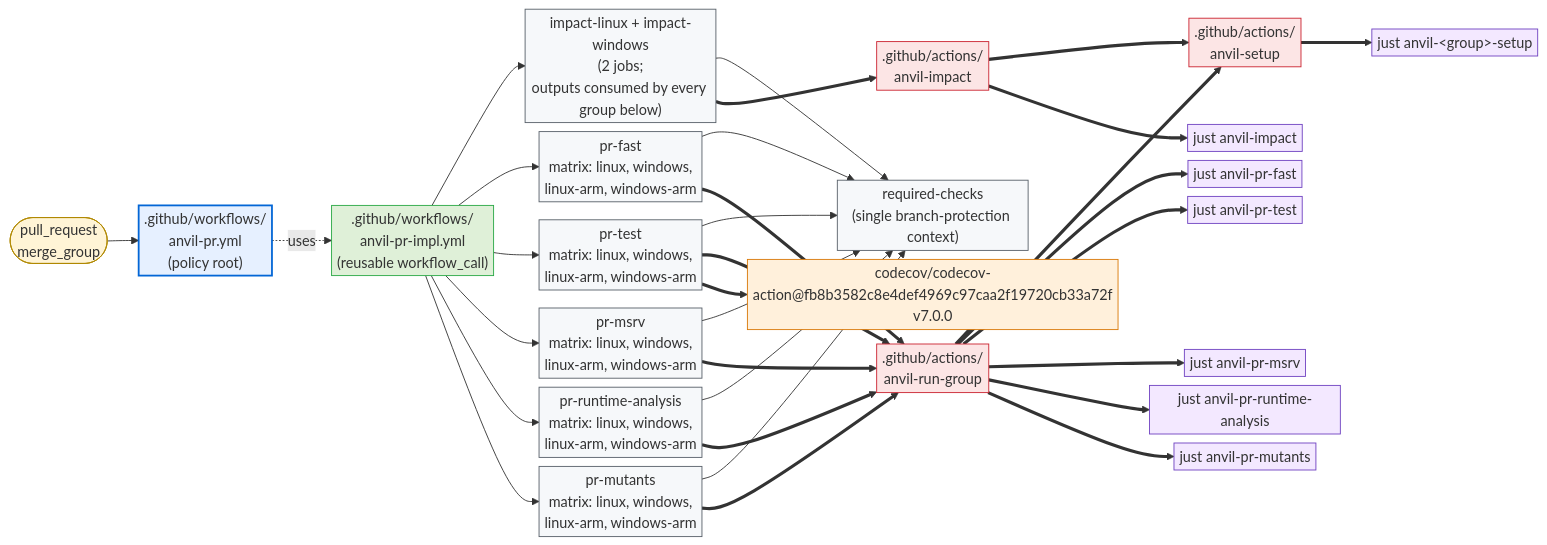
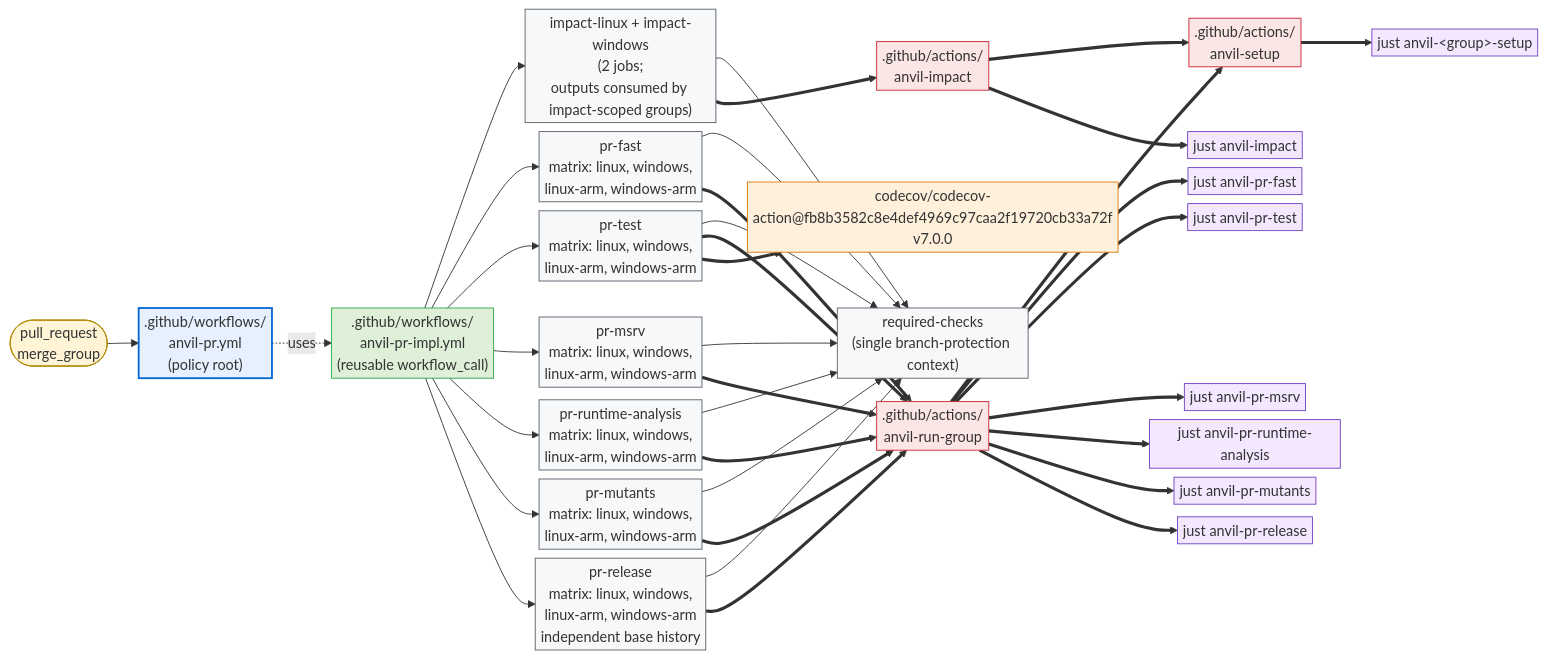
The first of 2 diagrams in crates/cargo-anvil/docs/design/github.md (microsoft/ox-tools), drawn with Mermaid before and after one commit. The commit also changed other lines of this file and 51 other files, not shown here.

First line of the commit message:
feat: add cargo-release-guard and Anvil release checks

````diff
--- a/crates/cargo-anvil/docs/design/github.md
+++ b/crates/cargo-anvil/docs/design/github.md
@@ -53,66 +53,72 @@
 ```mermaid
 %%{init: {"flowchart": {"nodeSpacing": 10, "rankSpacing": 35, "padding": 3}, "themeVariables": {"fontSize": "16px"}}}%%
 flowchart LR
     pr_evt([pull_request<br/>merge_group]):::trigger
     pr_root[".github/workflows/<br/>anvil-pr.yml<br/>(policy root)"]:::root
     pr_impl[".github/workflows/<br/>anvil-pr-impl.yml<br/>(reusable workflow_call)"]:::impl
-    impact["impact-linux + impact-windows<br/>(2 jobs;<br/>outputs consumed by every group below)"]:::job
+    impact["impact-linux + impact-windows<br/>(2 jobs;<br/>outputs consumed by impact-scoped groups)"]:::job
     pr_fast_job["pr-fast<br/>matrix: linux, windows,<br/>linux-arm, windows-arm"]:::job
     pr_test_job["pr-test<br/>matrix: linux, windows,<br/>linux-arm, windows-arm"]:::job
     pr_msrv_job["pr-msrv<br/>matrix: linux, windows,<br/>linux-arm, windows-arm"]:::job
     pr_runtime_analysis_job["pr-runtime-analysis<br/>matrix: linux, windows,<br/>linux-arm, windows-arm"]:::job
     pr_mutants_job["pr-mutants<br/>matrix: linux, windows,<br/>linux-arm, windows-arm"]:::job
+    pr_release_job["pr-release<br/>matrix: linux, windows,<br/>linux-arm, windows-arm<br/>independent base history"]:::job
     required_checks["required-checks<br/>(single branch-protection context)"]:::job
     impact_act[".github/actions/<br/>anvil-impact"]:::action
     setup_act[".github/actions/<br/>anvil-setup"]:::action
     run_group_act[".github/actions/<br/>anvil-run-group"]:::action
     codecov_act["codecov/codecov-action@fb8b3582c8e4def4969c97caa2f19720cb33a72f<br/>v7.0.0"]:::external
     impact_just["just anvil-impact"]:::recipe
     fast_just["just anvil-pr-fast"]:::recipe
     test_just["just anvil-pr-test"]:::recipe
     msrv_just["just anvil-pr-msrv"]:::recipe
     runtime_just["just anvil-pr-runtime-analysis"]:::recipe
     mutants_just["just anvil-pr-mutants"]:::recipe
+    release_just["just anvil-pr-release"]:::recipe
     setup_just["just anvil-&lt;group&gt;-setup"]:::recipe
 
     pr_evt --> pr_root
     pr_root -. uses .-> pr_impl
     pr_impl --> impact
     pr_impl --> pr_fast_job
     pr_impl --> pr_test_job
     pr_impl --> pr_msrv_job
     pr_impl --> pr_runtime_analysis_job
     pr_impl --> pr_mutants_job
+    pr_impl --> pr_release_job
     impact --> required_checks
     pr_fast_job --> required_checks
     pr_test_job --> required_checks
     pr_msrv_job --> required_checks
     pr_runtime_analysis_job --> required_checks
     pr_mutants_job --> required_checks
+    pr_release_job --> required_checks
 
     impact ==> impact_act
     pr_fast_job ==> run_group_act
     pr_test_job ==> run_group_act
     pr_msrv_job ==> run_group_act
     pr_test_job ==> codecov_act
     pr_runtime_analysis_job ==> run_group_act
     pr_mutants_job ==> run_group_act
+    pr_release_job ==> run_group_act
 
     impact_act ==> setup_act
     impact_act ==> impact_just
     run_group_act ==> setup_act
     run_group_act ==> fast_just
     run_group_act ==> test_just
     run_group_act ==> msrv_just
     run_group_act ==> runtime_just
     run_group_act ==> mutants_just
+    run_group_act ==> release_just
     setup_act ==> setup_just
 
     classDef trigger fill:#fff4d6,stroke:#b08800,stroke-width:1px;
     classDef root fill:#e6f0ff,stroke:#0366d6,stroke-width:2px;
     classDef impl fill:#dff0d8,stroke:#28a745,stroke-width:1px;
     classDef job fill:#f6f8fa,stroke:#586069,stroke-width:1px;
     classDef action fill:#fce5e5,stroke:#cb2431,stroke-width:1px;
     classDef external fill:#fff0db,stroke:#d97706,stroke-width:1px;
     classDef recipe fill:#f3e8ff,stroke:#6f42c1,stroke-width:1px;
 ```
````
